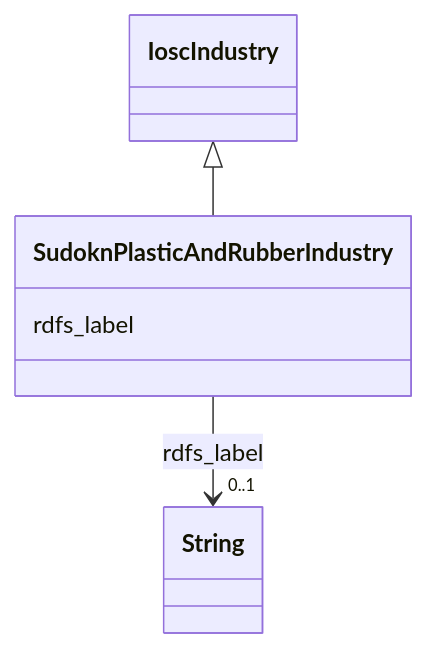
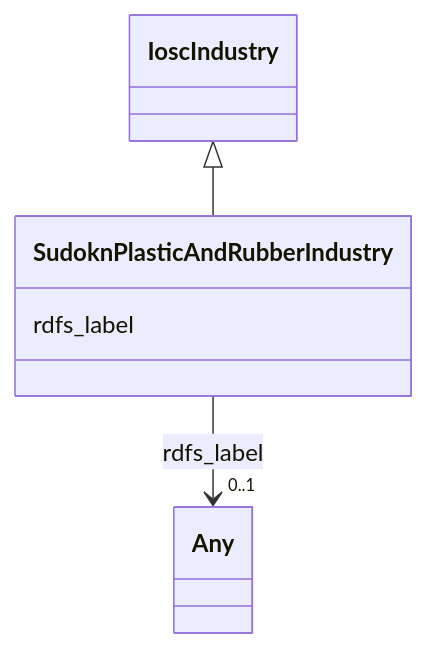
The diagram in sudokn-kg/classes/SudoknPlasticAndRubberIndustry.md (frink-okn/graph-descriptions), drawn with Mermaid before and after one commit. The commit also changed other lines of this file and 903 other files, not shown here.

````diff
--- a/sudokn-kg/classes/SudoknPlasticAndRubberIndustry.md
+++ b/sudokn-kg/classes/SudoknPlasticAndRubberIndustry.md
@@ -23,18 +18,18 @@
 ```mermaid
  classDiagram
     class SudoknPlasticAndRubberIndustry
     click SudoknPlasticAndRubberIndustry href "../SudoknPlasticAndRubberIndustry"
       IoscIndustry <|-- SudoknPlasticAndRubberIndustry
         click IoscIndustry href "../IoscIndustry"
       
       SudoknPlasticAndRubberIndustry : rdfs_label
         
           
     
     
-    SudoknPlasticAndRubberIndustry --> "0..1" String : rdfs_label
-    click String href "../String"
+    SudoknPlasticAndRubberIndustry --> "0..1" Any : rdfs_label
+    click Any href "../Any"
 
         
       
 ```
````
